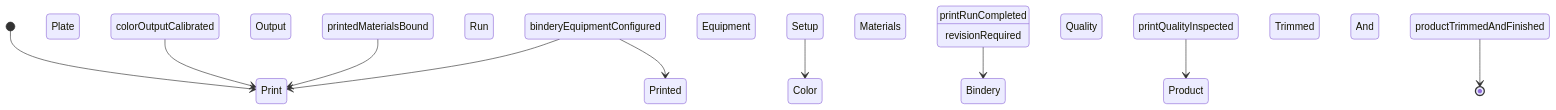
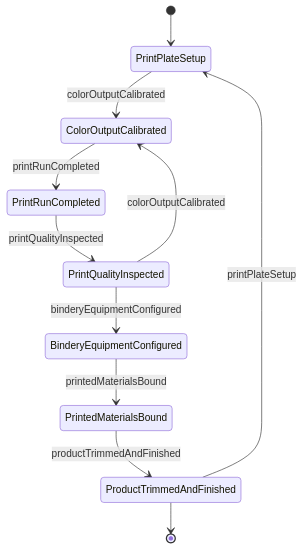
One commit to dot-org-ai/tasks.org.ai changed the second of 4 diagrams in ControllingMachinesAndProcesses/OperateIndustrialProcessingOrProductionEquipment/OperateEquipmentPrintImagesBind.mdx. Above: the diagram before and after it, drawn with Mermaid. The commit also changed other lines of this file and 515 other files, not shown here.

````diff
--- a/ControllingMachinesAndProcesses/OperateIndustrialProcessingOrProductionEquipment/OperateEquipmentPrintImagesBind.mdx
+++ b/ControllingMachinesAndProcesses/OperateIndustrialProcessingOrProductionEquipment/OperateEquipmentPrintImagesBind.mdx
@@ -99,12 +99,13 @@
 ```mermaid
 stateDiagram-v2
-    [*] --> Print Plate Setup
-    Print Plate Setup --> Color Output Calibrated : colorOutputCalibrated
-    Color Output Calibrated --> Print Run Completed : printRunCompleted
-    Print Run Completed --> Bindery Equipment Configured : binderyEquipmentConfigured
-    Bindery Equipment Configured --> Printed Materials Bound : printedMaterialsBound
-    Printed Materials Bound --> Print Quality Inspected : printQualityInspected
-    Print Quality Inspected --> Product Trimmed And Finished : productTrimmedAndFinished
-    Bindery Equipment Configured --> Print Run Completed : revisionRequired
-    Product Trimmed And Finished --> [*]
+    [*] --> PrintPlateSetup
+    PrintPlateSetup --> ColorOutputCalibrated : colorOutputCalibrated
+    ColorOutputCalibrated --> PrintRunCompleted : printRunCompleted
+    PrintRunCompleted --> PrintQualityInspected : printQualityInspected
+    PrintQualityInspected --> ColorOutputCalibrated : colorOutputCalibrated
+    PrintQualityInspected --> BinderyEquipmentConfigured : binderyEquipmentConfigured
+    BinderyEquipmentConfigured --> PrintedMaterialsBound : printedMaterialsBound
+    PrintedMaterialsBound --> ProductTrimmedAndFinished : productTrimmedAndFinished
+    ProductTrimmedAndFinished --> PrintPlateSetup : printPlateSetup
+    ProductTrimmedAndFinished --> [*]
 ```
````
